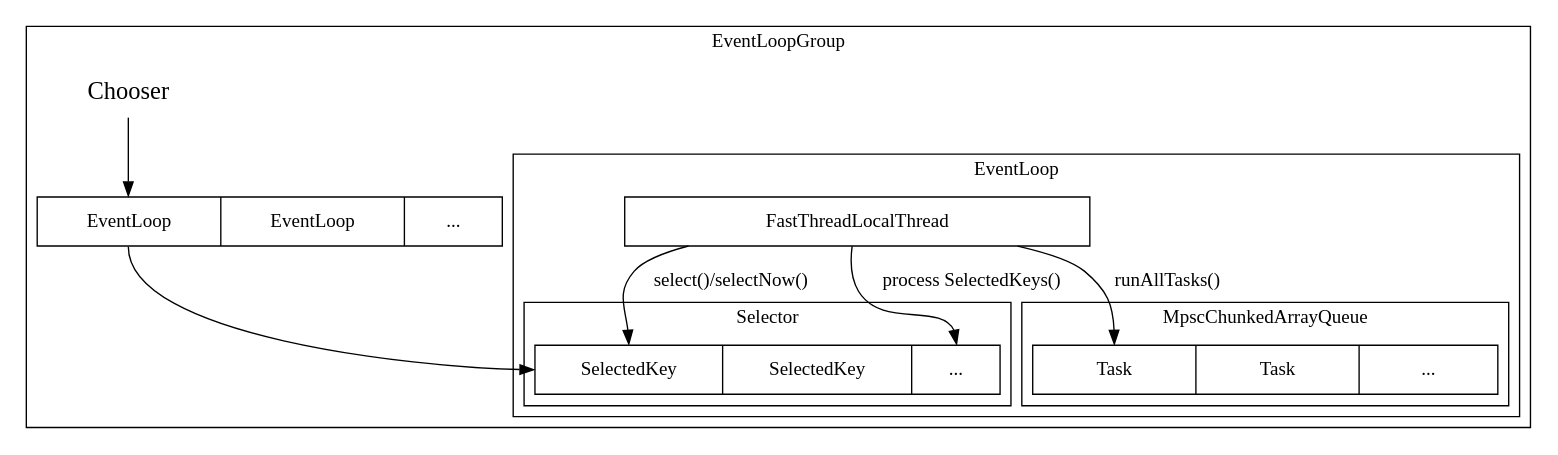
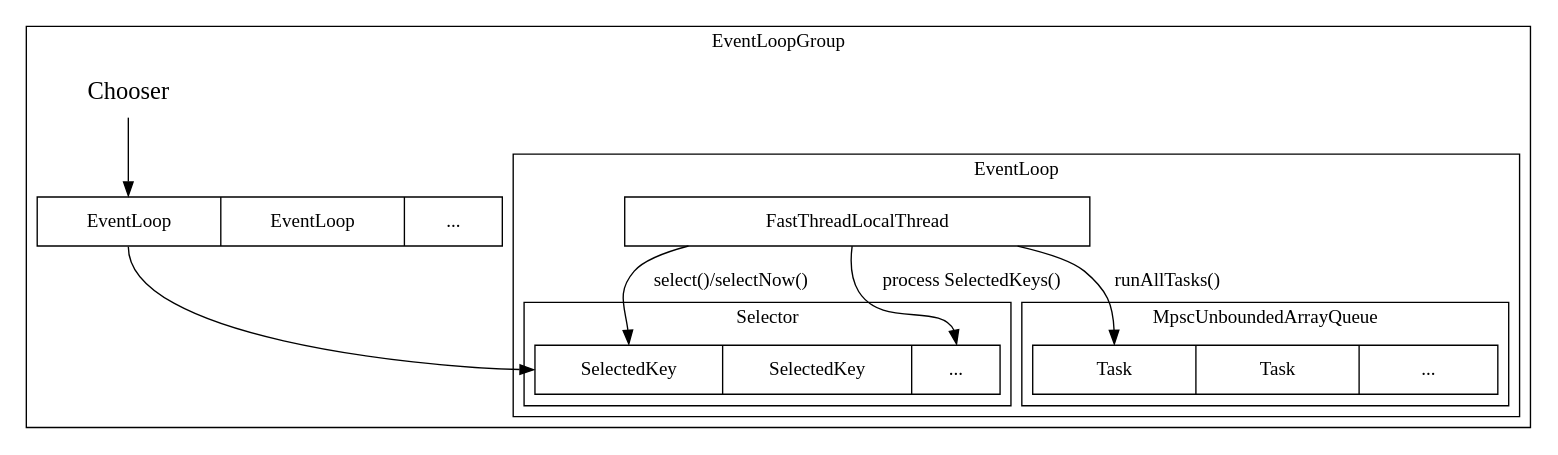
The diagram in docs/CS/Framework/Netty/EventLoop.md (Robinpig/Note), drawn with Graphviz before and after one commit. The commit also changed other lines of this file and 13 other files, not shown here.

````diff
--- a/docs/CS/Framework/Netty/EventLoop.md
+++ b/docs/CS/Framework/Netty/EventLoop.md
@@ -194,46 +200,46 @@
 ```dot
 digraph  {
     node [shape=plaintext, fontsize=18];
     rankdir = "TB"
     
     subgraph cluster_Group {
         label="EventLoopGroup"
         
     Chooser;
     node [shape=record, fontcolor=black, fontsize=14, width=4.75, fixedsize=true];
     group [label="<f0> EventLoop | <f1> EventLoop | <f2> ...", color=black, fillcolor=white, style=filled];
     
     Chooser -> group:f0;
   
         subgraph cluster_NioEventLoop {
             label="EventLoop"
          
           subgraph cluster_se {
             label="Selector"
             keys [label="<f0> SelectedKey | <f1> SelectedKey | <f2> ...", color=black, fillcolor=white, style=filled];
           }
           
             Thread [label="FastThreadLocalThread"];
             Thread -> keys:f0 [label="select()/selectNow()"]
             Thread -> keys:f2 [label="process SelectedKeys()"]
             
             
              subgraph cluster_queue {
-                label="MpscChunkedArrayQueue";
+                label="MpscUnboundedArrayQueue";
                 queue [label="<f0> Task | <f1> Task | <f2> ...", color=black, fillcolor=white, style=filled];
             }
             
             Thread -> queue:f0 [label="runAllTasks()"]
             
             
             
            
            
           
         }
         
         group:f0 -> keys:f0;
         
     }
 }
 ```
````
